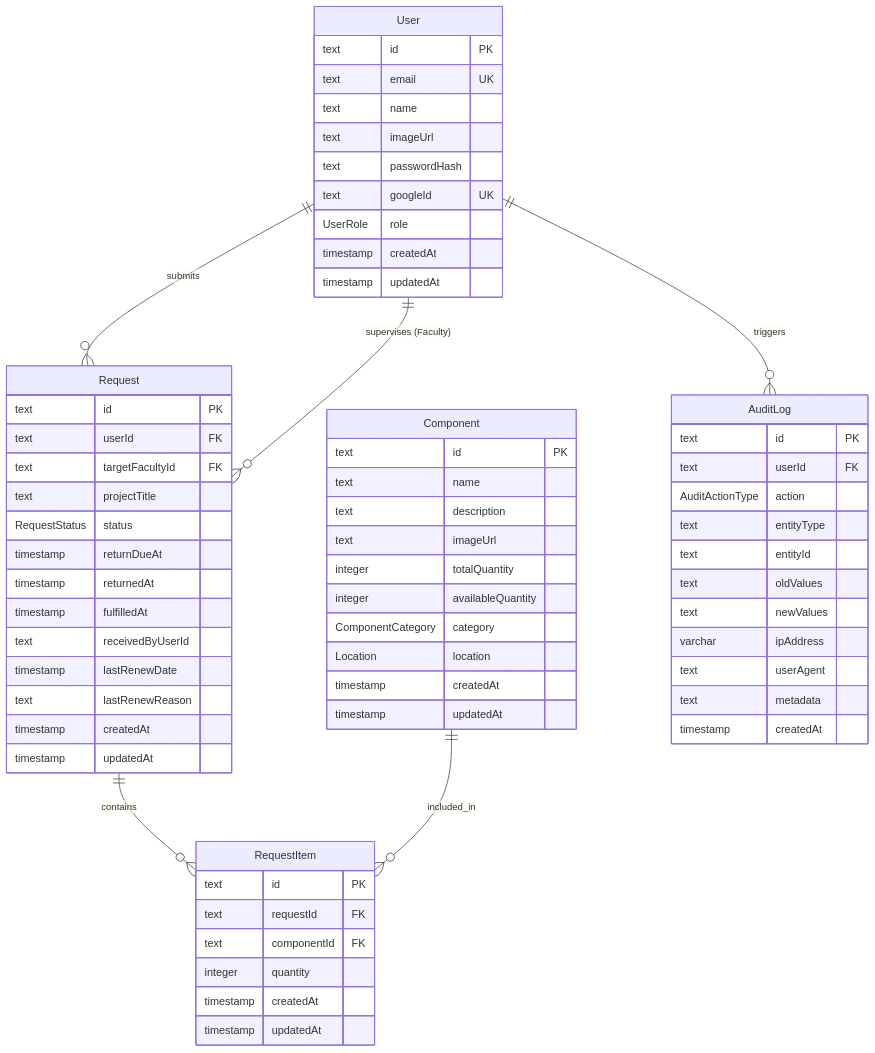
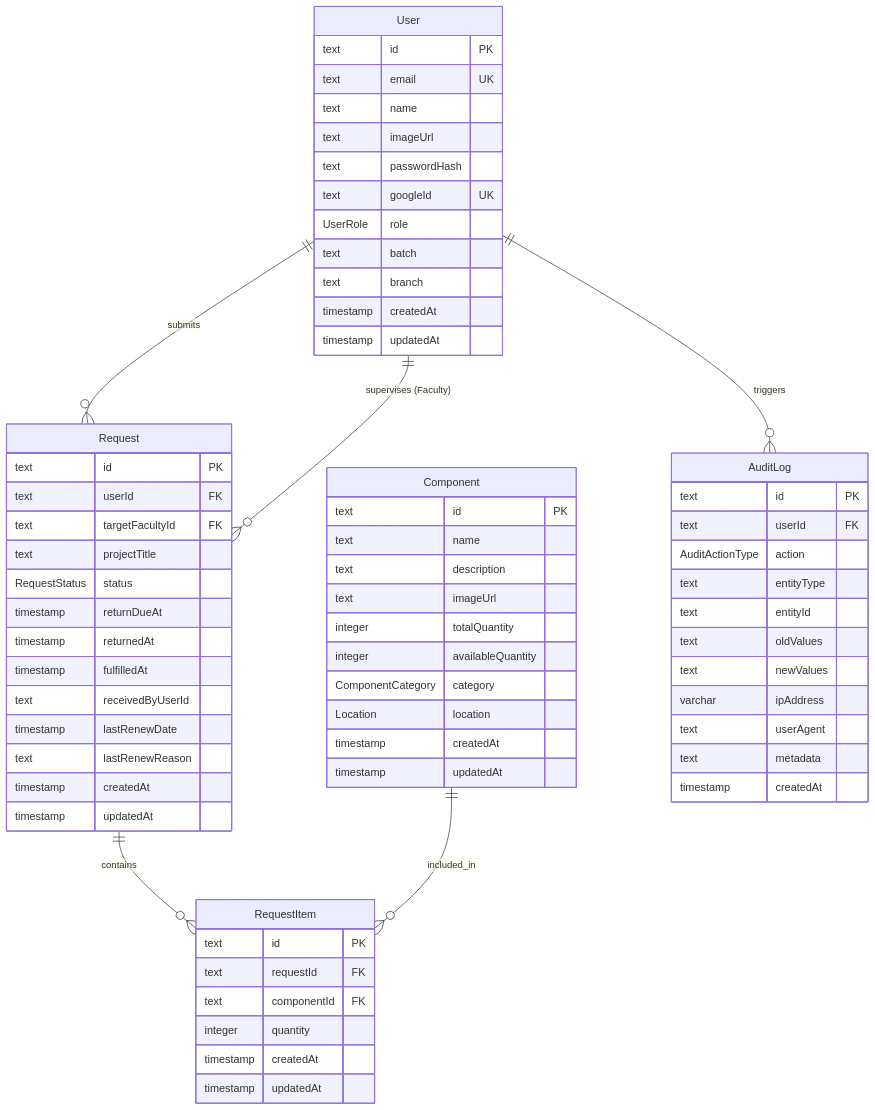
One commit to sharifmdathar/iiitnr-inventory-app changed the second of 3 diagrams in README.md. Above: the diagram before and after it, drawn with Mermaid. The commit also changed other lines of this file and 29 other files, not shown here.

````diff
--- a/README.md
+++ b/README.md
@@ -117,72 +122,74 @@
 ```mermaid
 erDiagram
     User {
         text id PK
         text email UK
         text name
         text imageUrl
         text passwordHash
         text googleId UK
         UserRole role
+        text batch
+        text branch
         timestamp createdAt
         timestamp updatedAt
     }
 
     Component {
         text id PK
         text name
         text description
         text imageUrl
         integer totalQuantity
         integer availableQuantity
         ComponentCategory category
         Location location
         timestamp createdAt
         timestamp updatedAt
     }
 
     Request {
         text id PK
         text userId FK
         text targetFacultyId FK
         text projectTitle
         RequestStatus status
         timestamp returnDueAt
         timestamp returnedAt
         timestamp fulfilledAt
         text receivedByUserId
         timestamp lastRenewDate
         text lastRenewReason
         timestamp createdAt
         timestamp updatedAt
     }
 
     RequestItem {
         text id PK
         text requestId FK
         text componentId FK
         integer quantity
         timestamp createdAt
         timestamp updatedAt
     }
 
     AuditLog {
         text id PK
         text userId FK
         AuditActionType action
         text entityType
         text entityId
         text oldValues
         text newValues
         varchar ipAddress
         text userAgent
         text metadata
         timestamp createdAt
     }
 
     User ||--o{ Request : "submits"
     User ||--o{ Request : "supervises (Faculty)"
     User ||--o{ AuditLog : "triggers"
     Request ||--o{ RequestItem : "contains"
     Component ||--o{ RequestItem : "included_in"
 ```
````
